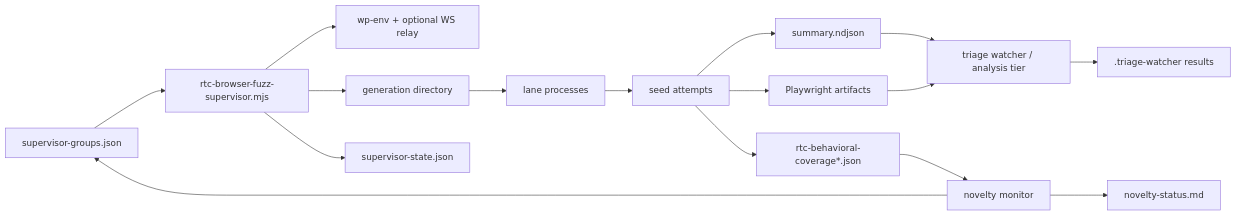
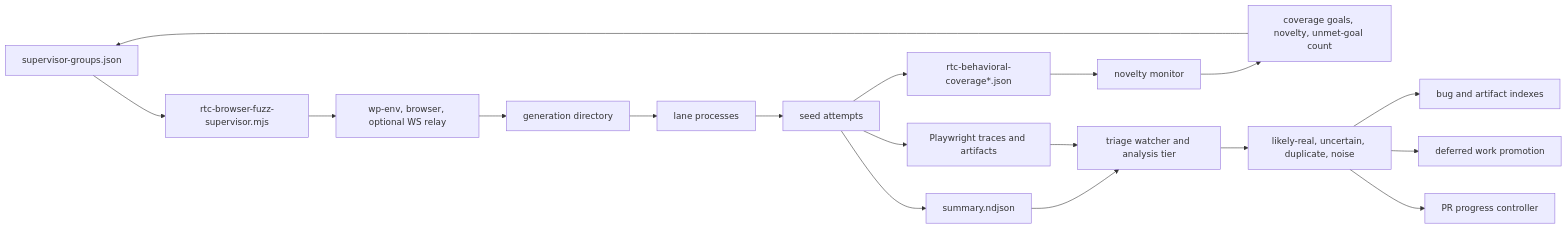
The third of 7 diagrams in docs/explanations/architecture/rtc-jetstream2-fuzzing-architecture-and-loops-20260515.md (danluu/gutenberg), drawn with Mermaid before and after one commit. The commit also changed other lines of this file, not shown here.

Commit message:
Update Jetstream RTC loop architecture diagrams

````diff
--- a/docs/explanations/architecture/rtc-jetstream2-fuzzing-architecture-and-loops-20260515.md
+++ b/docs/explanations/architecture/rtc-jetstream2-fuzzing-architecture-and-loops-20260515.md
@@ -64,18 +172,22 @@
 ```mermaid
 flowchart LR
     Groups[supervisor-groups.json] --> Supervisor[rtc-browser-fuzz-supervisor.mjs]
-    Supervisor --> Env[wp-env + optional WS relay]
-    Supervisor --> Gen[generation directory]
+    Supervisor --> Env[wp-env, browser, optional WS relay]
+    Env --> Gen[generation directory]
     Gen --> Lanes[lane processes]
     Lanes --> Seeds[seed attempts]
     Seeds --> Coverage[rtc-behavioral-coverage*.json]
     Seeds --> Summary[summary.ndjson]
-    Seeds --> PW[Playwright artifacts]
+    Seeds --> PW[Playwright traces and artifacts]
+
     Coverage --> Novelty[novelty monitor]
-    Summary --> Triage[triage watcher / analysis tier]
+    Summary --> Triage[triage watcher and analysis tier]
     PW --> Triage
-    Triage --> Results[.triage-watcher results]
-    Supervisor --> State[supervisor-state.json]
-    Novelty --> Status[novelty-status.md]
-    Novelty --> Groups
+
+    Novelty --> Goals[coverage goals, novelty, unmet-goal count]
+    Goals --> Groups
+    Triage --> Results[likely-real, uncertain, duplicate, noise]
+    Results --> BugIndex[bug and artifact indexes]
+    Results --> Deferred[deferred work promotion]
+    Results --> PRProgress[PR progress controller]
 ```
````
